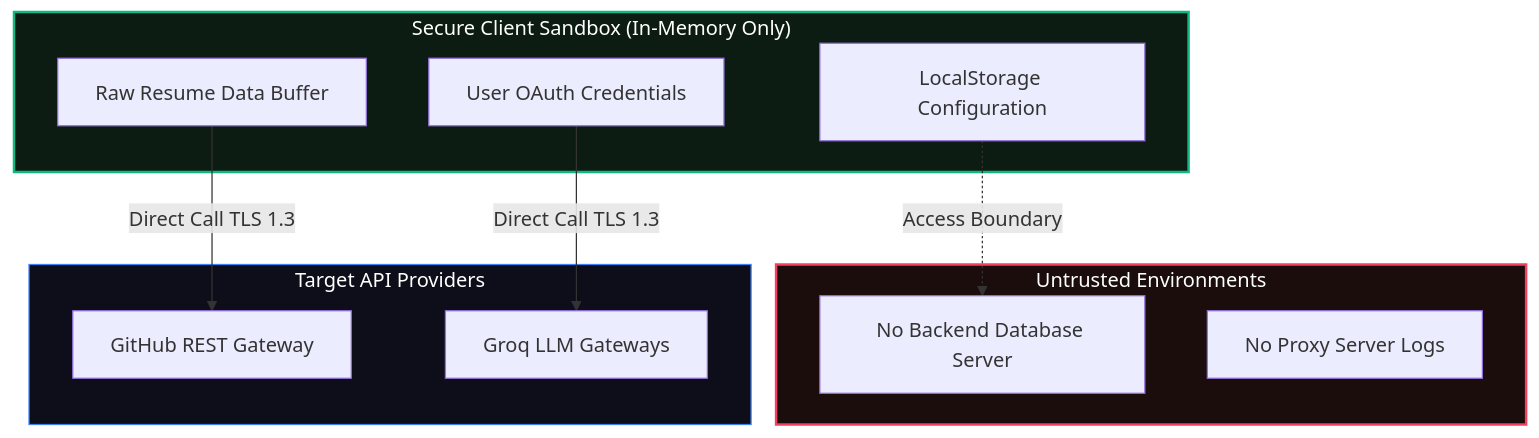
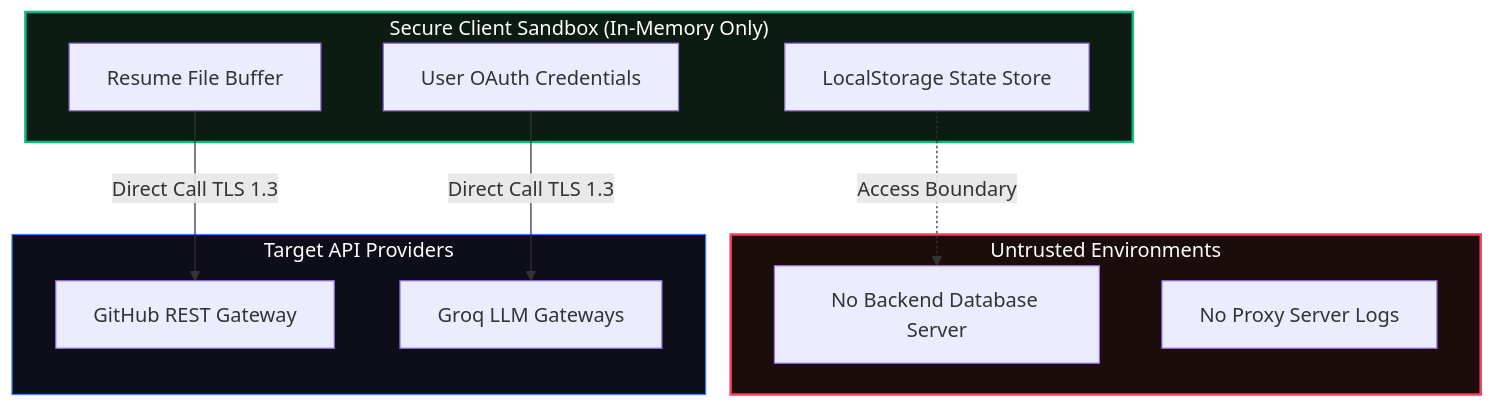
One commit to ChiragSharma-DEV/CareerLaunch-AI changed the sixth of 9 diagrams in README.md. Above: the diagram before and after it, drawn with Mermaid. The commit also changed other lines of this file, not shown here.

````diff
--- a/README.md
+++ b/README.md
@@ -387,26 +447,26 @@
 ```mermaid
 graph TD
     subgraph BrowserSandbox ["Secure Client Sandbox (In-Memory Only)"]
-        A[Raw Resume Data Buffer]
+        A[Resume File Buffer]
         B[User OAuth Credentials]
-        C[LocalStorage Configuration]
+        C[LocalStorage State Store]
     end
     
     subgraph Blocked ["Untrusted Environments"]
         D[No Backend Database Server]
         E[No Proxy Server Logs]
     end
     
     subgraph Gateways ["Target API Providers"]
         F[GitHub REST Gateway]
         G[Groq LLM Gateways]
     end
 
     A -->|Direct Call TLS 1.3| F
     B -->|Direct Call TLS 1.3| G
     C -.->|Access Boundary| D
 
     style BrowserSandbox fill:#0d1c12,stroke:#10b981,stroke-width:2px,color:#fff
     style Blocked fill:#1c0d0d,stroke:#f43f5e,stroke-width:2px,color:#fff
     style Gateways fill:#0e0d1a,stroke:#3b82f6,color:#fff
 ```
````
